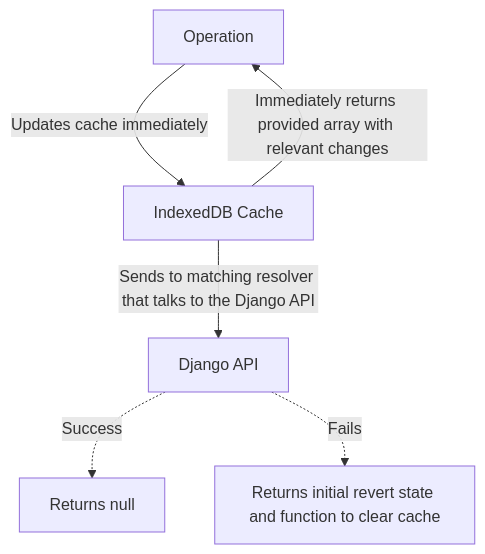
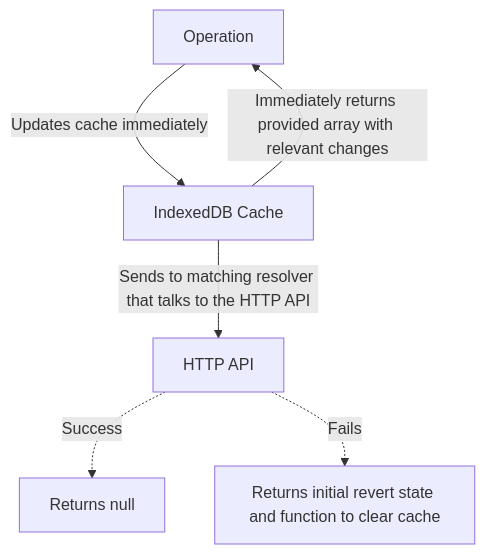
The first of 3 diagrams in README.md (schalkventer/OCRUD), drawn with Mermaid before and after one commit. The commit also changed other lines of this file, not shown here.

````diff
--- a/README.md
+++ b/README.md
@@ -155,16 +155,16 @@
 ```mermaid
 graph TD
 
 O[Operation];
 C[IndexedDB Cache];
-A[Django API];
+A[HTTP API];
 N[Returns null];
 F[Returns initial revert state and function to clear cache];
 
 O -- Updates cache immediately --> C;
 C -- Immediately returns provided array with relevant changes --> O;
-C -- Sends to matching resolver that talks to the Django API --> A;
+C -- Sends to matching resolver that talks to the HTTP API --> A;
 
 A -. Success .-> N;
 A -. Fails .-> F;
 ```
````
